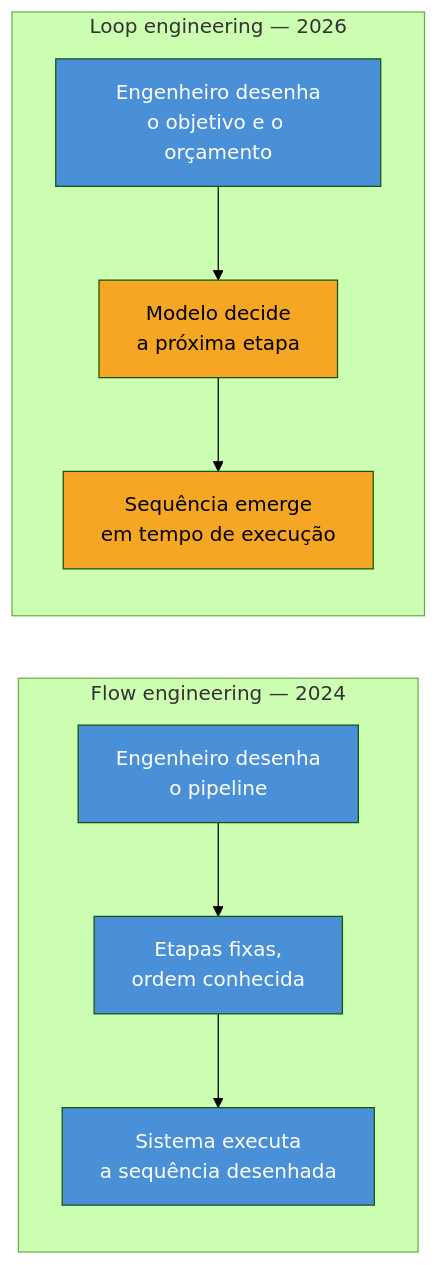
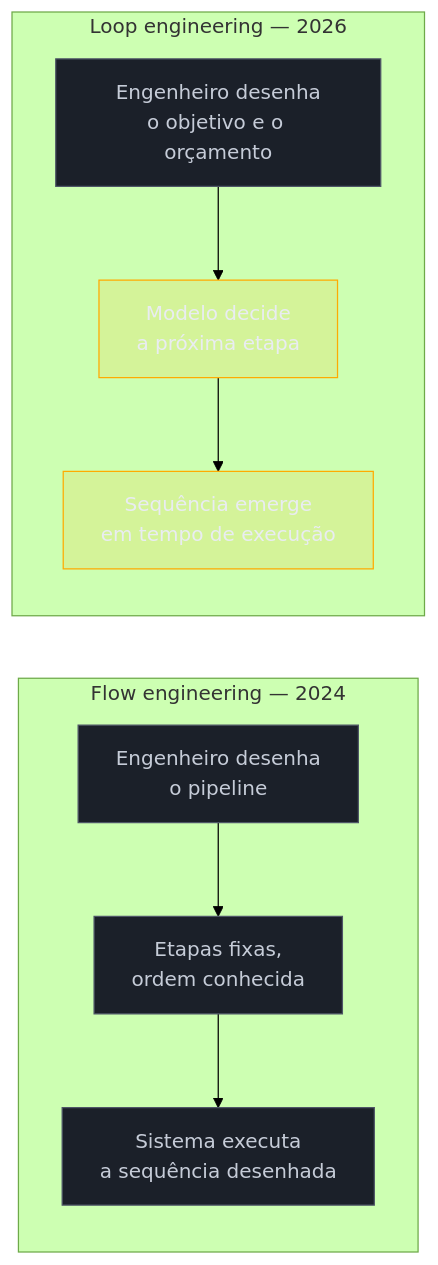
The second of 2 diagrams in 03-Dominios/Tecnologia/IA/Evolução da Engenharia de IA/03 - Flow engineering — o precursor que ninguém cita.md (josenaldo/codex-technomanticus), drawn with Mermaid (forest theme) before and after one commit. The commit also changed other lines of this file and 1181 other files, not shown here.

First line of the commit message:
fix(diagramas): paleta do sistema no lugar de cor cravada no markdown

````diff
--- a/03-Dominios/Tecnologia/IA/Evolução da Engenharia de IA/03 - Flow engineering — o precursor que ninguém cita.md
+++ b/03-Dominios/Tecnologia/IA/Evolução da Engenharia de IA/03 - Flow engineering — o precursor que ninguém cita.md
@@ -164,20 +166,22 @@
 ```mermaid
 flowchart LR
+    classDef neutro fill:#1B2029,stroke:#4E5666,color:#C6CCD8
+    classDef destaque fill:#FFAA0024,stroke:#FFAA00,color:#E9ECF2
     subgraph Flow["Flow engineering — 2024"]
         direction TB
         F1["Engenheiro desenha<br/>o pipeline"] --> F2["Etapas fixas,<br/>ordem conhecida"]
         F2 --> F3["Sistema executa<br/>a sequência desenhada"]
     end
     subgraph Loop["Loop engineering — 2026"]
         direction TB
         L1["Engenheiro desenha<br/>o objetivo e o orçamento"] --> L2["Modelo decide<br/>a próxima etapa"]
         L2 --> L3["Sequência emerge<br/>em tempo de execução"]
     end
 
-    style F1 fill:#4A90D9,color:#fff
-    style F2 fill:#4A90D9,color:#fff
-    style F3 fill:#4A90D9,color:#fff
-    style L1 fill:#4A90D9,color:#fff
-    style L2 fill:#F5A623,color:#000
-    style L3 fill:#F5A623,color:#000
+    class F1 neutro
+    class F2 neutro
+    class F3 neutro
+    class L1 neutro
+    class L2 destaque
+    class L3 destaque
 ```
````
